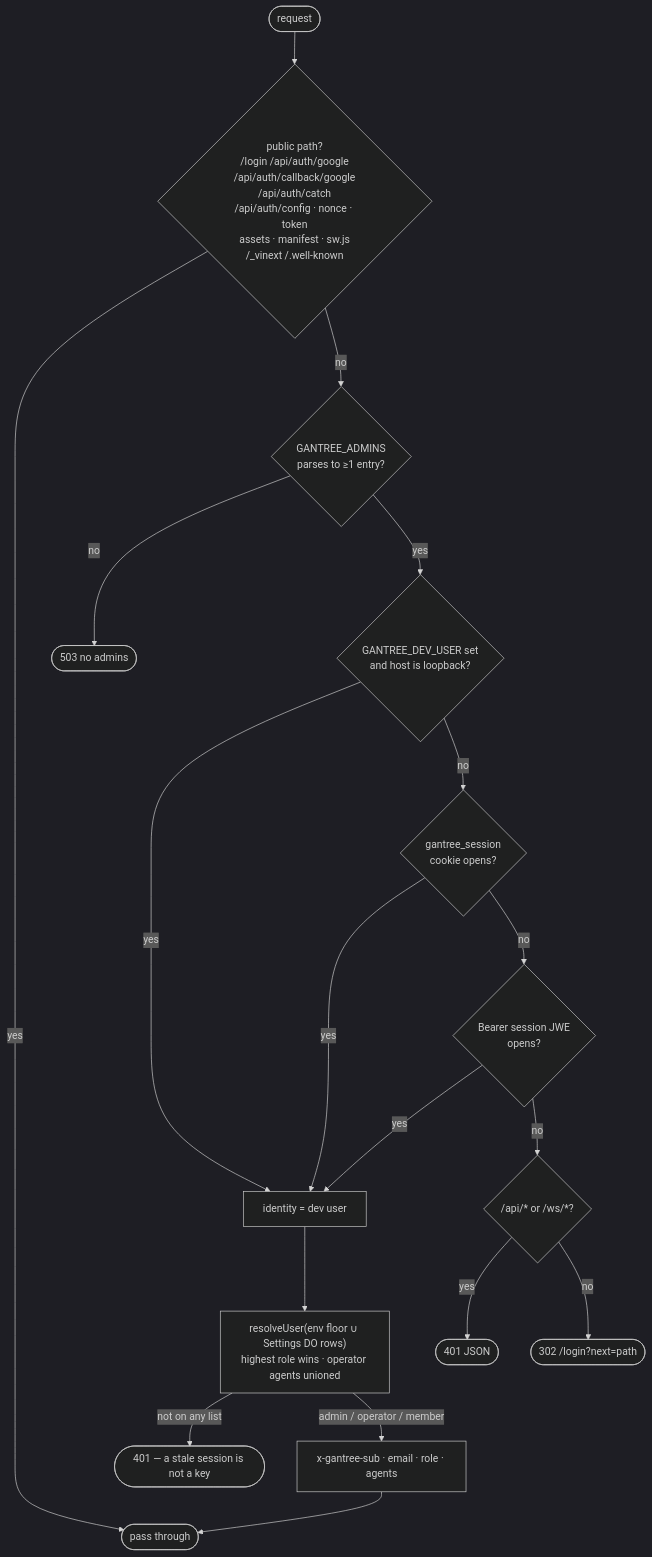
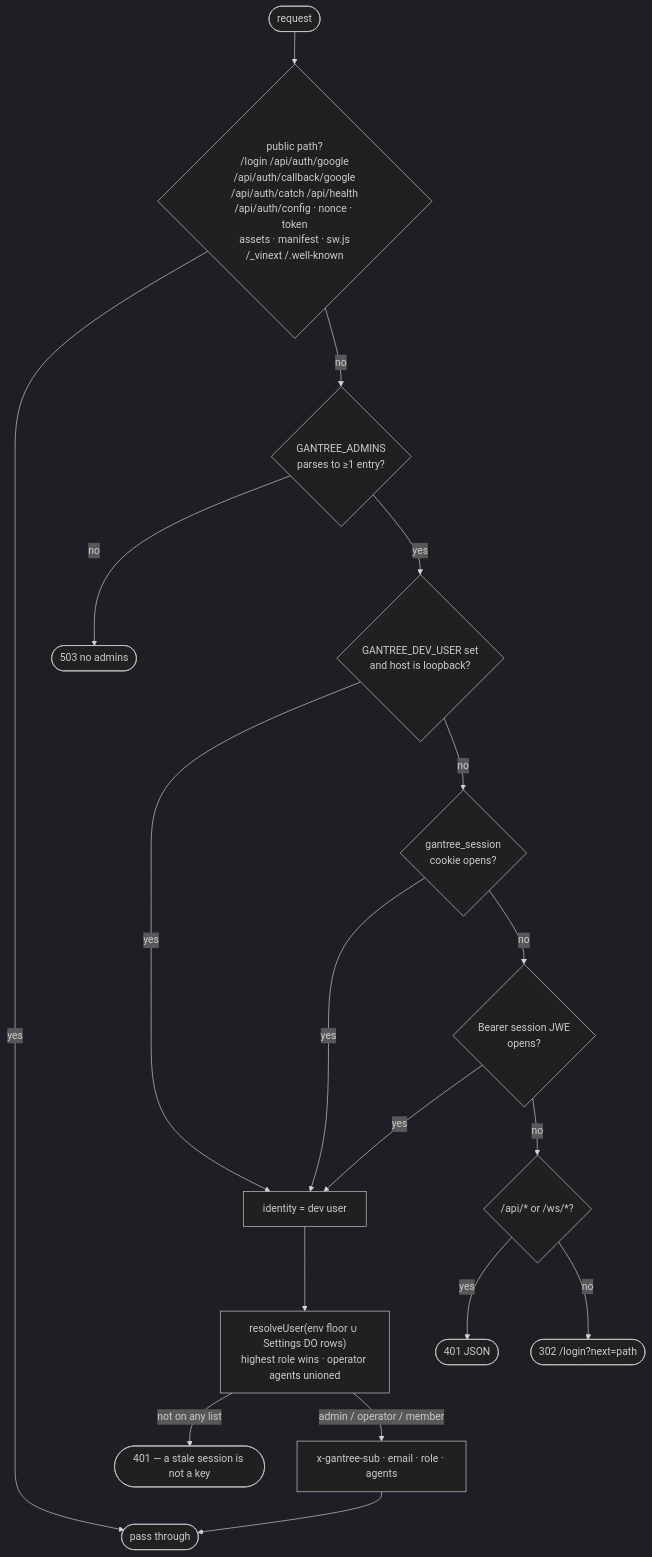
One commit to shotah/gantree2 changed the third of 11 diagrams in docs/architecture.md. Above: the diagram before and after it, drawn with Mermaid (dark theme). The commit also changed other lines of this file and 8 other files, not shown here.

````diff
--- a/docs/architecture.md
+++ b/docs/architecture.md
@@ -173,20 +173,20 @@
 ```mermaid
 flowchart TD
-  R([request]) --> PUB{public path?<br/>/login /api/auth/google<br/>/api/auth/callback/google<br/>/api/auth/catch<br/>/api/auth/config · nonce · token<br/>assets · manifest · sw.js<br/>/_vinext /.well-known}
+  R([request]) --> PUB{public path?<br/>/login /api/auth/google<br/>/api/auth/callback/google<br/>/api/auth/catch /api/health<br/>/api/auth/config · nonce · token<br/>assets · manifest · sw.js<br/>/_vinext /.well-known}
   PUB -- yes --> PASS([pass through])
   PUB -- no --> ADM{GANTREE_ADMINS<br/>parses to ≥1 entry?}
   ADM -- no --> E503([503 no admins])
   ADM -- yes --> DEV{GANTREE_DEV_USER set<br/>and host is loopback?}
   DEV -- yes --> ID[identity = dev user]
   DEV -- no --> CK{gantree_session<br/>cookie opens?}
   CK -- yes --> ID
   CK -- no --> BR{Bearer session JWE<br/>opens?}
   BR -- yes --> ID
   BR -- no --> API{"/api/* or /ws/*?"}
   API -- yes --> E401a([401 JSON])
   API -- no --> LOGIN([302 /login?next=path])
   ID --> RES["resolveUser(env floor ∪ Settings DO rows)<br/>highest role wins · operator agents unioned"]
   RES -- not on any list --> E401b([401 — a stale session is not a key])
   RES -- admin / operator / member --> HDR["x-gantree-sub · email · role · agents"]
   HDR --> PASS
 ```
````
